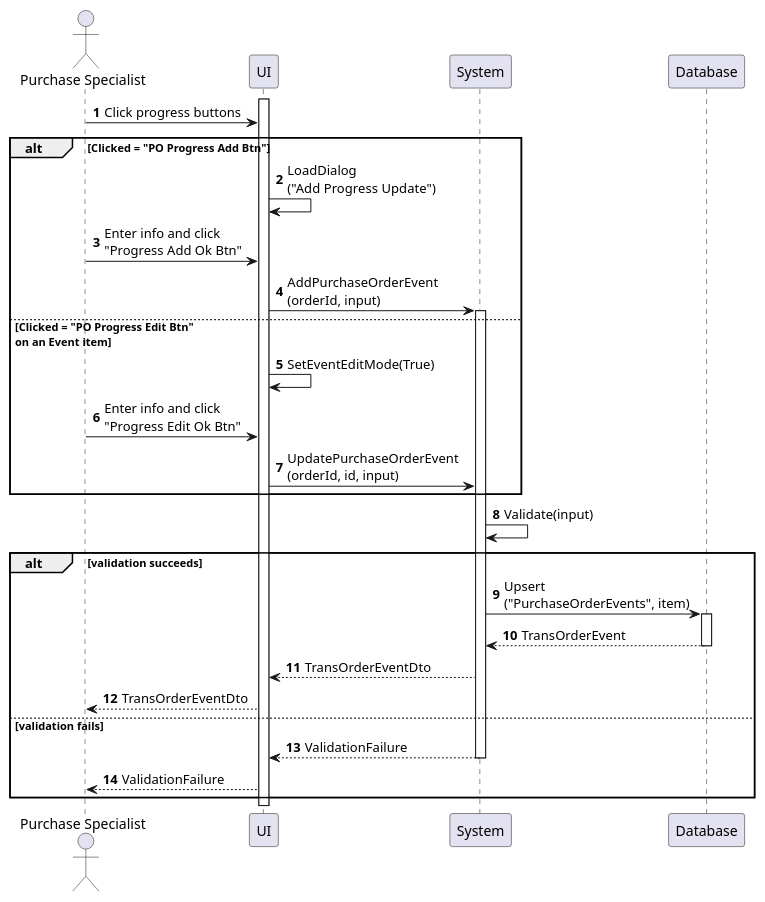
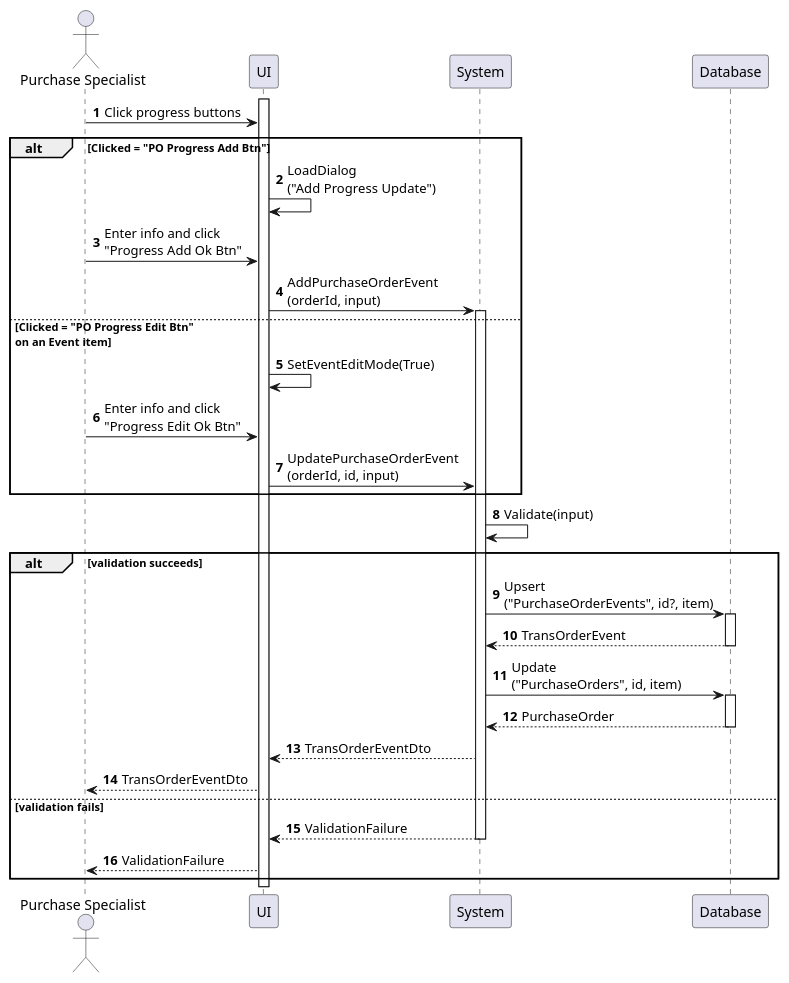
The diagram in sequences/purchase-order-update-progress.plantuml (phihungha/scmss-reqs), drawn with PlantUML before and after one commit. The commit also changed 5 other files, not shown here.

```diff
--- a/sequences/purchase-order-update-progress.plantuml
+++ b/sequences/purchase-order-update-progress.plantuml
@@ -1,36 +1,39 @@
 @startuml purchase-order-update-progress
 autonumber
 
 actor "Purchase Specialist" as a
 participant UI as f
 participant System as b
 participant Database as d
 
 activate f
 a -> f : Click progress buttons
 
 alt Clicked = "PO Progress Add Btn"
     f -> f : LoadDialog\n("Add Progress Update")
     a -> f : Enter info and click\n"Progress Add Ok Btn"
     f -> b : AddPurchaseOrderEvent\n(orderId, input)
     activate b
 else Clicked = "PO Progress Edit Btn"\non an Event item
     f -> f : SetEventEditMode(True)
     a -> f : Enter info and click\n"Progress Edit Ok Btn"
     f -> b : UpdatePurchaseOrderEvent\n(orderId, id, input)
 end
 
 activate b
 b -> b : Validate(input)
 
 alt validation succeeds
-    b -> d : Upsert\n("PurchaseOrderEvents", item)
+    b -> d : Upsert\n("PurchaseOrderEvents", id?, item)
     activate d
     return TransOrderEvent
+    b -> d : Update\n("PurchaseOrders", id, item)
+    activate d
+    return PurchaseOrder
     b --> f : TransOrderEventDto
     f --> a : TransOrderEventDto
 else validation fails
     return ValidationFailure
     f --> a : ValidationFailure
 end
 @enduml
```
